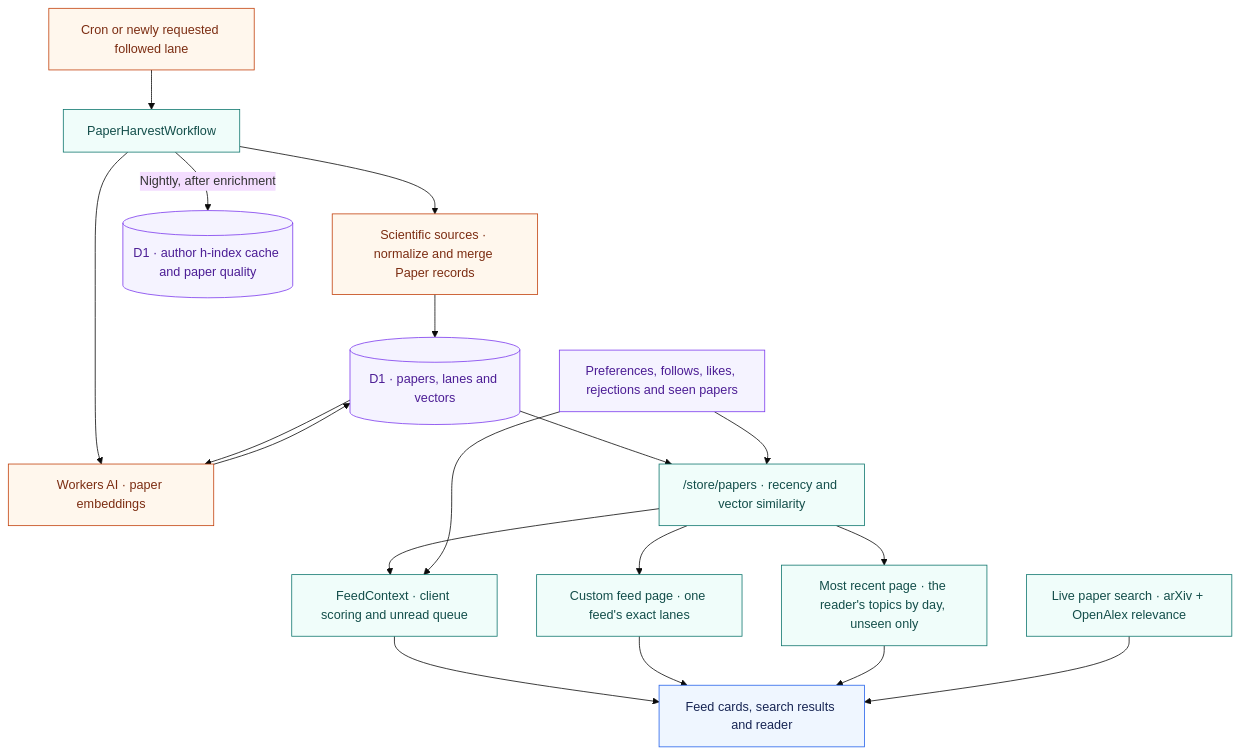
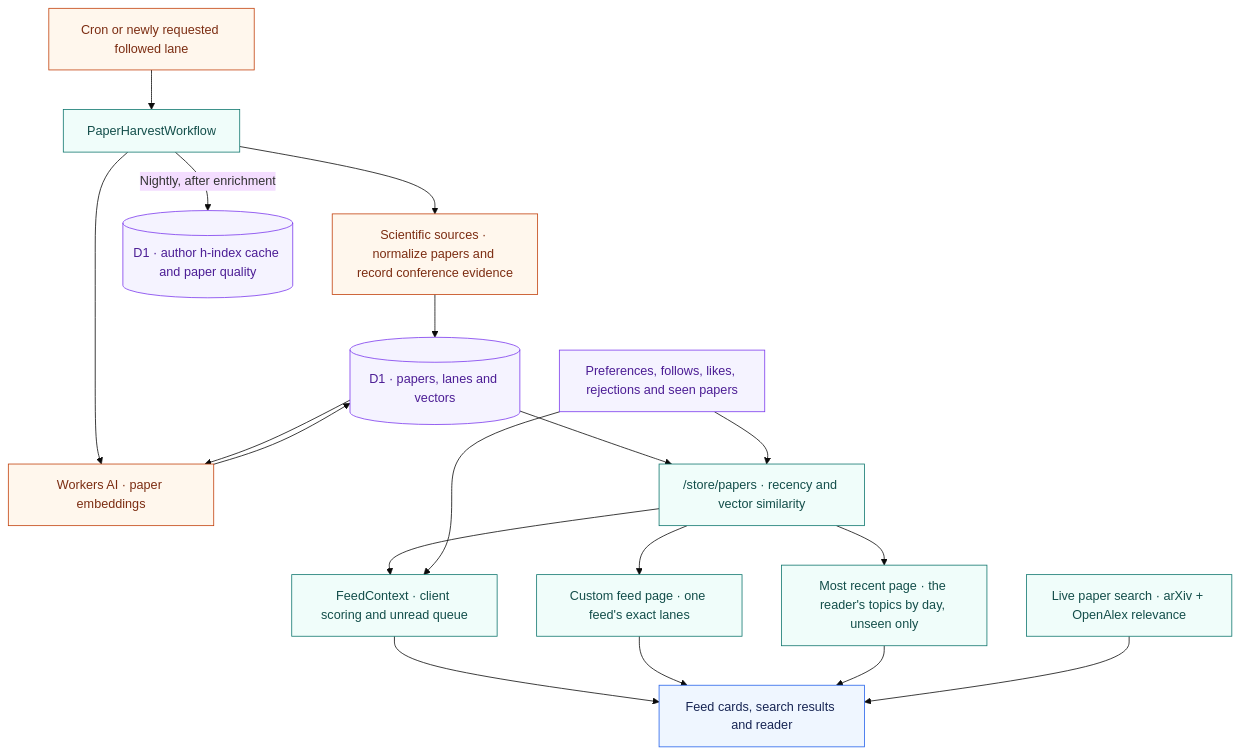
One commit to mugar123/papertok changed the second of 2 diagrams in ARCHITECTURE.md. Above: the diagram before and after it, drawn with Mermaid (base theme). The commit also changed other lines of this file and 34 other files, not shown here.

First line of the commit message:
feat(paper): show the conference that accepted a paper

````diff
--- a/ARCHITECTURE.md
+++ b/ARCHITECTURE.md
@@ -186,36 +186,36 @@
 ```mermaid
 flowchart TD
     Trigger["Cron or newly requested followed lane"]
     Harvest["PaperHarvestWorkflow"]
-    Sources["Scientific sources · normalize and merge Paper records"]
+    Sources["Scientific sources · normalize papers and record conference evidence"]
     Vectors["Workers AI · paper embeddings"]
     Corpus[("D1 · papers, lanes and vectors")]
     Quality[("D1 · author h-index cache and paper quality")]
     API["/store/papers · recency and vector similarity"]
     Feed["FeedContext · client scoring and unread queue"]
     Custom["Custom feed page · one feed's exact lanes"]
     Recent["Most recent page · the reader's topics by day, unseen only"]
     Signals["Preferences, follows, likes, rejections and seen papers"]
     Search["Live paper search · arXiv + OpenAlex relevance"]
     UI["Feed cards, search results and reader"]
 
     Trigger --> Harvest --> Sources --> Corpus
     Harvest --> Vectors --> Corpus
     Corpus --> Vectors
     Harvest -->|Nightly, after enrichment| Quality
     Corpus --> API --> Feed --> UI
     API --> Custom --> UI
     API --> Recent --> UI
     Signals --> API
     Signals --> Feed
     Search --> UI
 
     classDef source fill:#fff7ed,stroke:#c2410c,color:#7c2d12
     classDef data fill:#f5f3ff,stroke:#7c3aed,color:#4c1d95
     classDef logic fill:#f0fdfa,stroke:#0f766e,color:#134e4a
     classDef view fill:#eff6ff,stroke:#2563eb,color:#172554
     class Trigger,Sources,Vectors source
     class Corpus,Quality,Signals data
     class Harvest,API,Feed,Custom,Recent,Search logic
     class UI view
 ```
````
